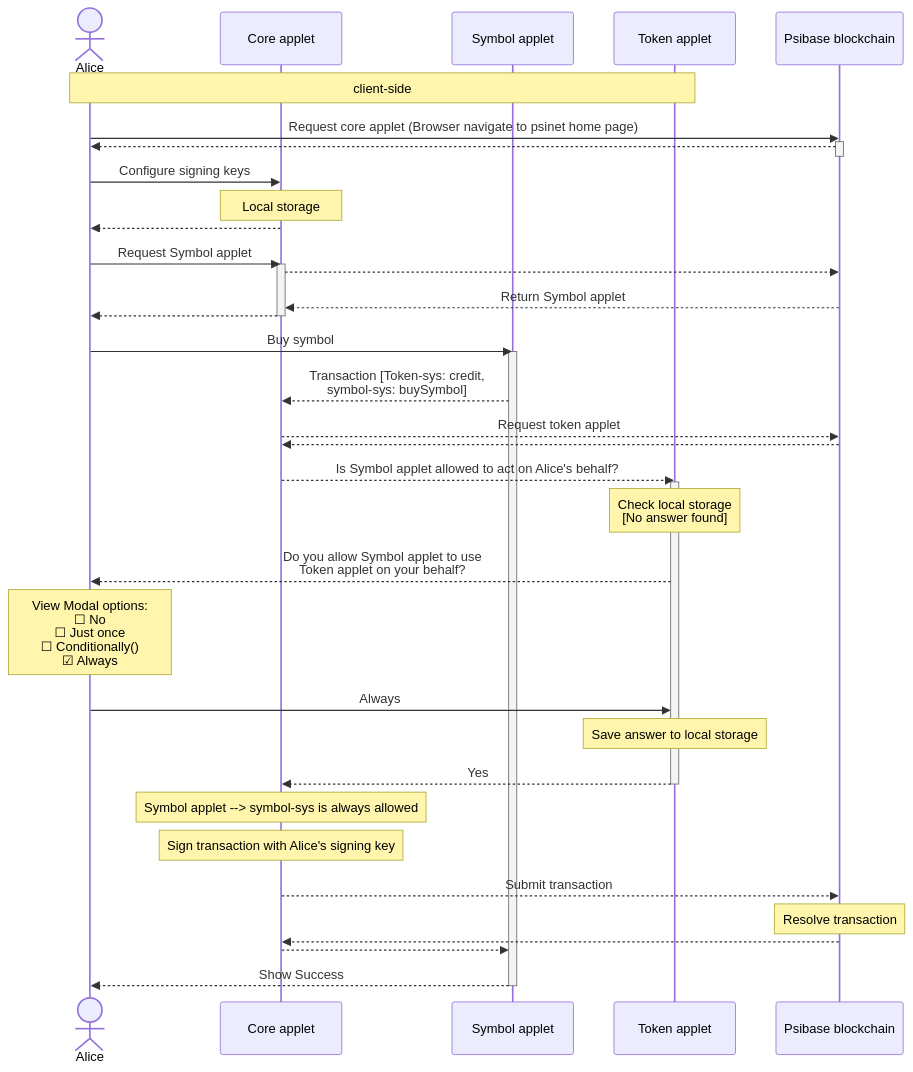
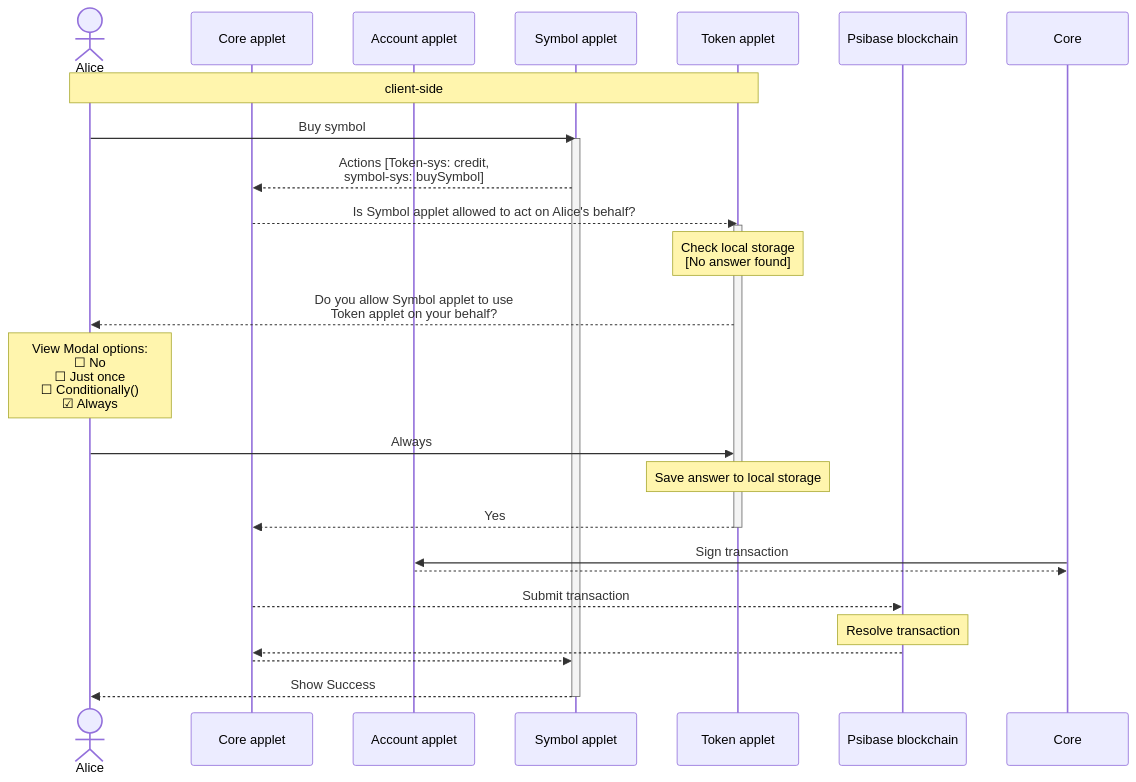
One commit to gofractally/psibase changed the diagram in doc/diagrams/symbol-market.md. Above: the diagram before and after it, drawn with Mermaid. The commit also changed 6 other files, not shown here.

Commit message:
update sequence diagrams

````diff
--- a/doc/diagrams/symbol-market.md
+++ b/doc/diagrams/symbol-market.md
@@ -1,51 +1,34 @@
 ```mermaid
 
 sequenceDiagram
     actor Alice
     participant Core applet
+    participant Account applet
     participant Symbol applet
     participant Token applet
     participant Psibase blockchain
 
     note over Alice, Token applet: client-side
 
-    Alice->>Psibase blockchain: Request core applet (Browser navigate to psinet home page)
-    activate Psibase blockchain
-    Psibase blockchain-->>Alice: 
-    deactivate Psibase blockchain
-
-    Alice->>Core applet: Configure signing keys
-    Note over Core applet: Local storage
-    Core applet-->>Alice: 
-
-    Alice->>Core applet: Request Symbol applet
-    activate Core applet
-    Core applet-->>Psibase blockchain: 
-    Psibase blockchain-->>Core applet: Return Symbol applet
-    Core applet-->>Alice: 
-    deactivate Core applet
-
     Alice->>Symbol applet: Buy symbol
     activate Symbol applet
-    Symbol applet-->>Core applet: Transaction [Token-sys: credit,<br> symbol-sys: buySymbol]
-    Core applet-->>Psibase blockchain: Request token applet
-    Psibase blockchain-->>Core applet: 
+    Symbol applet-->>Core applet: Actions [Token-sys: credit,<br> symbol-sys: buySymbol]
     Core applet-->>Token applet: Is Symbol applet allowed to act on Alice's behalf?
     activate Token applet
     Note over Token applet: Check local storage <br> [No answer found]
     Token applet-->>Alice: Do you allow Symbol applet to use <br> Token applet on your behalf?
     Note over Alice: View Modal options: <br> #9744; No <br> #9744; Just once <br> #9744; Conditionally() <br> #9745; Always
     Alice->>Token applet: Always
     Note over Token applet: Save answer to local storage
     Token applet-->>Core applet: Yes
     deactivate Token applet
-    Note over Core applet: Symbol applet --> symbol-sys is always allowed
-    Note over Core applet: Sign transaction with Alice's signing key
+    Core->>Account applet: Sign transaction
+    Account applet-->>Core: 
     Core applet-->>Psibase blockchain: Submit transaction
     Note over Psibase blockchain: Resolve transaction
     Psibase blockchain-->>Core applet: 
     Core applet-->>Symbol applet: 
     Symbol applet-->>Alice: Show Success
     deactivate Symbol applet
 
 ```
````
